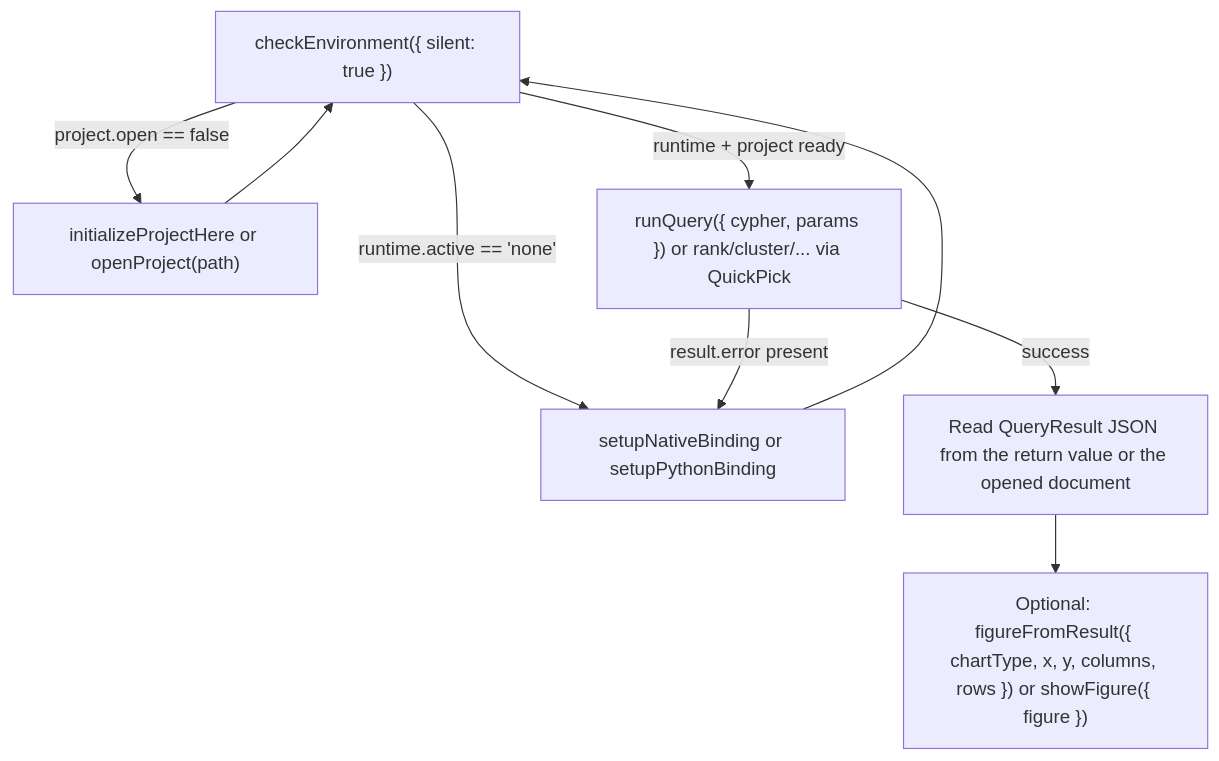
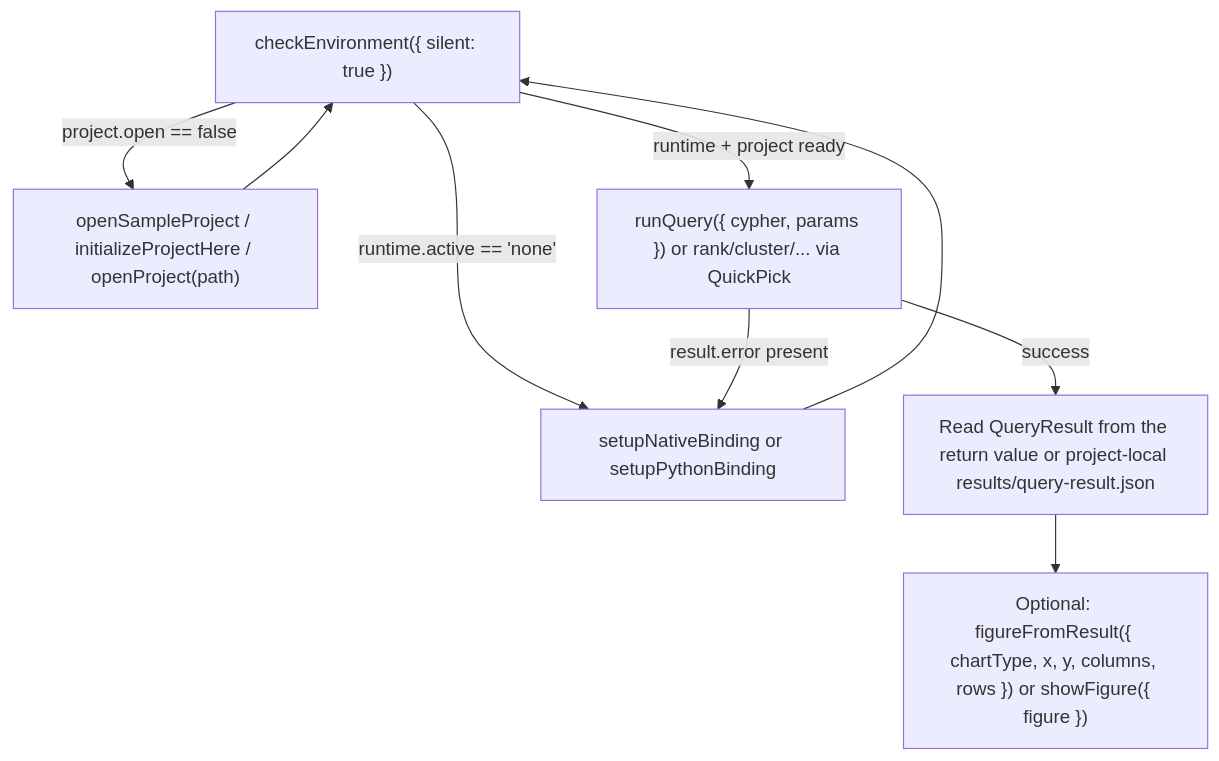
One commit to CurateLabs/graphforge-vscode changed the diagram in docs/experience/agent-interop.md. Above: the diagram before and after it, drawn with Mermaid. The commit also changed other lines of this file and 101 other files, not shown here.

First line of the commit message:
feat: enhance GraphForge with new commands and dependencies

````diff
--- a/docs/experience/agent-interop.md
+++ b/docs/experience/agent-interop.md
@@ -148,11 +185,11 @@
 ```mermaid
 flowchart TD
     A["checkEnvironment({ silent: true })"] -->|runtime.active == 'none'| B["setupNativeBinding or setupPythonBinding"]
-    A -->|project.open == false| C["initializeProjectHere or openProject(path)"]
+    A -->|project.open == false| C["openSampleProject / initializeProjectHere / openProject(path)"]
     A -->|runtime + project ready| D["runQuery({ cypher, params }) or rank/cluster/... via QuickPick"]
     B --> A
     C --> A
     D -->|result.error present| B
-    D -->|success| E["Read QueryResult JSON from the return value or the opened document"]
+    D -->|success| E["Read QueryResult from the return value or project-local results/query-result.json"]
     E --> F["Optional: figureFromResult({ chartType, x, y, columns, rows }) or showFigure({ figure })"]
 ```
````
